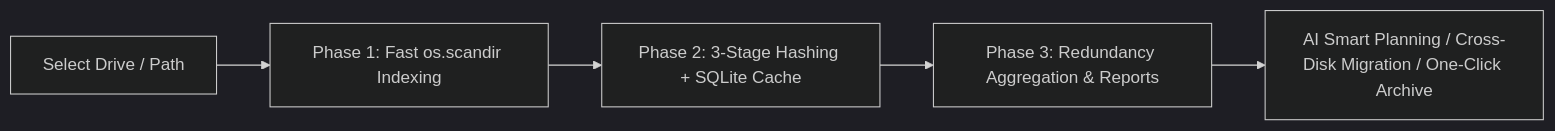
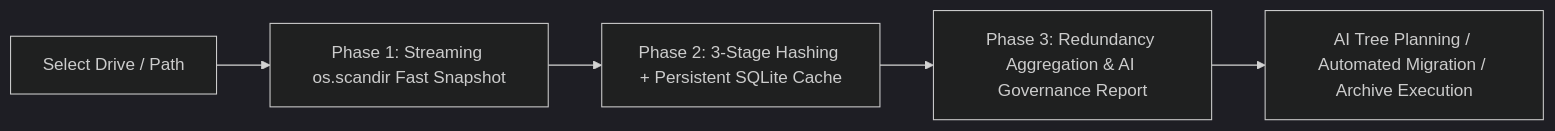
The second of 2 diagrams in README.md (xuemingze/disk-space-analyzer), drawn with Mermaid (dark theme) before and after one commit. The commit also changed other lines of this file and 3 other files, not shown here.

Commit message:
docs: overhaul README and README_ZH with v1.6.0 AI-first architecture, category tree and in-place self-precipitation

````diff
--- a/README.md
+++ b/README.md
@@ -44,7 +114,7 @@
 ```mermaid
 flowchart LR
-    A[Select Drive / Path] --> B[Phase 1: Fast os.scandir Indexing]
-    B --> C[Phase 2: 3-Stage Hashing + SQLite Cache]
-    C --> D[Phase 3: Redundancy Aggregation & Reports]
-    D --> E[AI Smart Planning / Cross-Disk Migration / One-Click Archive]
+    A[Select Drive / Path] --> B[Phase 1: Streaming os.scandir Fast Snapshot]
+    B --> C[Phase 2: 3-Stage Hashing + Persistent SQLite Cache]
+    C --> D[Phase 3: Redundancy Aggregation & AI Governance Report]
+    D --> E[AI Tree Planning / Automated Migration / Archive Execution]
 ```
````
